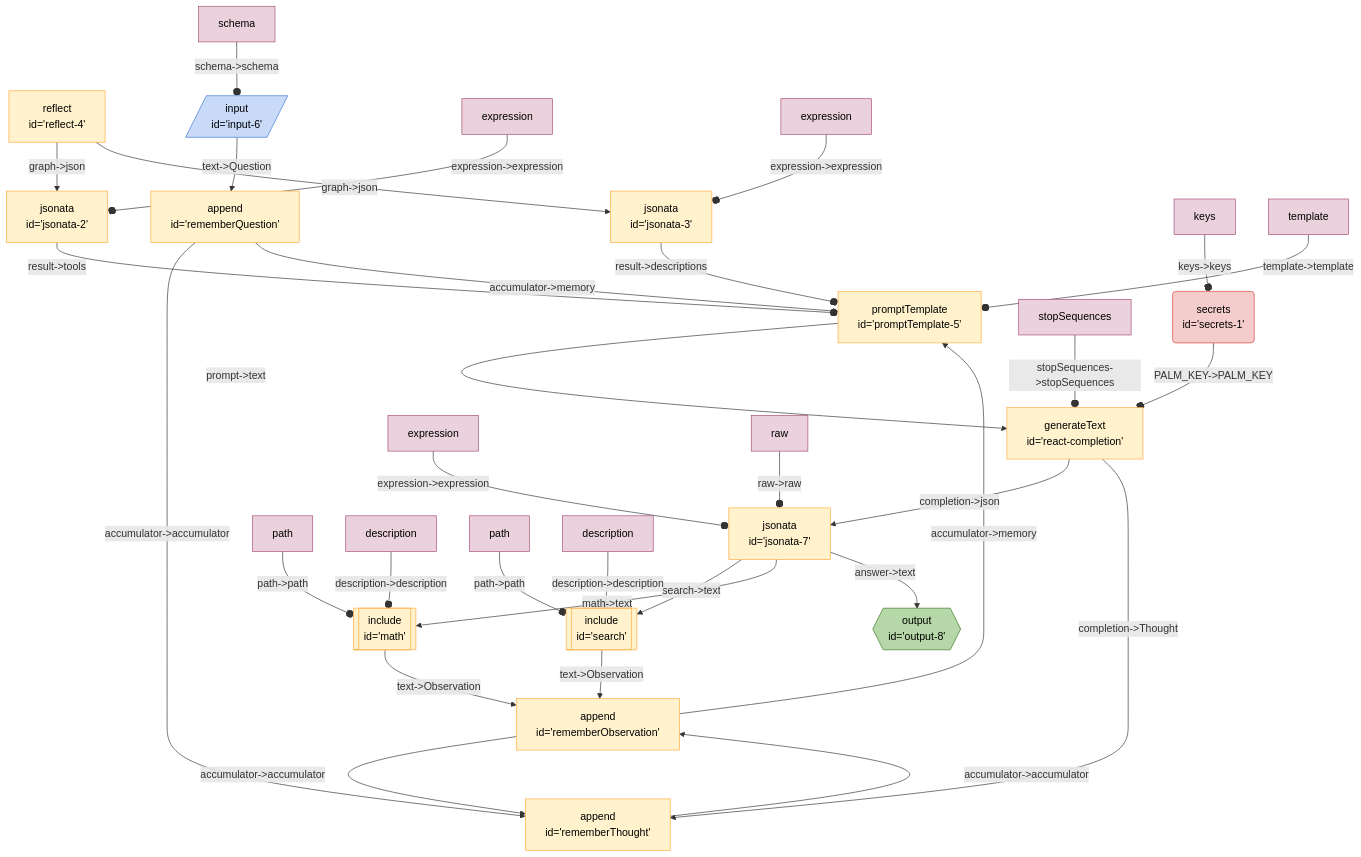
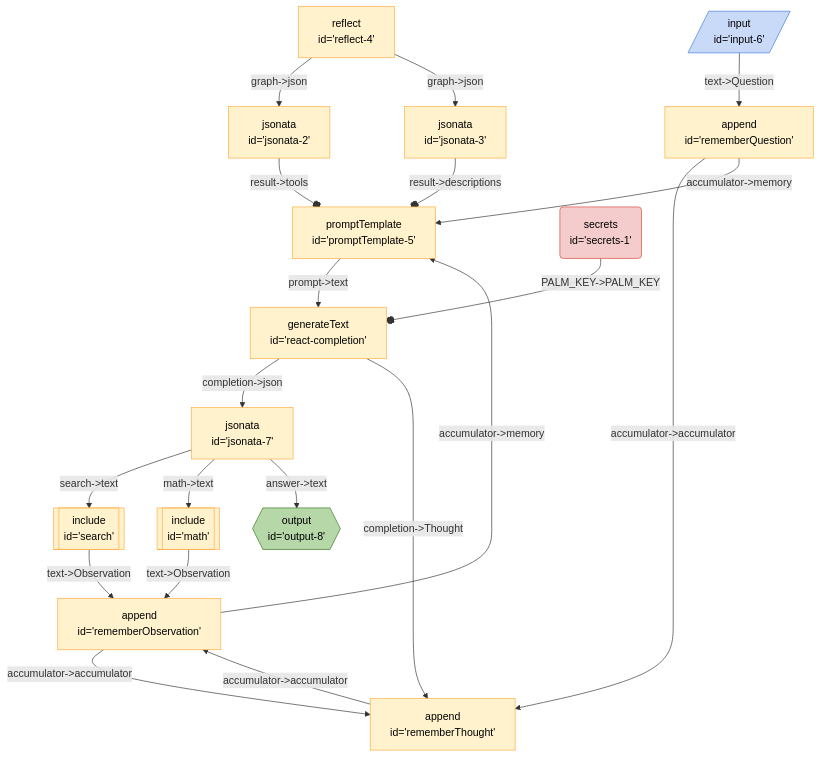
Before and after one commit to breadboard-ai/breadboard: the diagram in seeds/graph-playground/docs/graphs/react-with-jsonata.md, drawn with Mermaid. The commit also changed 30 other files, not shown here.

````diff
--- a/seeds/graph-playground/docs/graphs/react-with-jsonata.md
+++ b/seeds/graph-playground/docs/graphs/react-with-jsonata.md
@@ -5,43 +5,31 @@
   ```mermaid
   %%{init: 'themeVariables': { 'fontFamily': 'Fira Code, monospace' }}%%
 graph TD;
 reflect4["reflect <br> id='reflect-4'"] -- "graph->json" --> jsonata2["jsonata <br> id='jsonata-2'"]
 reflect4["reflect <br> id='reflect-4'"] -- "graph->json" --> jsonata3["jsonata <br> id='jsonata-3'"]
 jsonata3["jsonata <br> id='jsonata-3'"] -- "result->descriptions" --o promptTemplate5["promptTemplate <br> id='promptTemplate-5'"]
 jsonata2["jsonata <br> id='jsonata-2'"] -- "result->tools" --o promptTemplate5["promptTemplate <br> id='promptTemplate-5'"]
 rememberObservation["append <br> id='rememberObservation'"] -- "accumulator->memory" --> promptTemplate5["promptTemplate <br> id='promptTemplate-5'"]
 rememberThought["append <br> id='rememberThought'"] -- "accumulator->accumulator" --> rememberObservation["append <br> id='rememberObservation'"]
 rememberObservation["append <br> id='rememberObservation'"] -- "accumulator->accumulator" --> rememberThought["append <br> id='rememberThought'"]
 rememberQuestion["append <br> id='rememberQuestion'"] -- "accumulator->accumulator" --> rememberThought["append <br> id='rememberThought'"]
 rememberQuestion["append <br> id='rememberQuestion'"] -- "accumulator->memory" --> promptTemplate5["promptTemplate <br> id='promptTemplate-5'"]
 input6[/"input <br> id='input-6'"/]:::input -- "text->Question" --> rememberQuestion["append <br> id='rememberQuestion'"]
 secrets1("secrets <br> id='secrets-1'"):::secrets -- "PALM_KEY->PALM_KEY" --o reactcompletion["generateText <br> id='react-completion'"]
 math[["include <br> id='math'"]]:::include -- "text->Observation" --> rememberObservation["append <br> id='rememberObservation'"]
 search[["include <br> id='search'"]]:::include -- "text->Observation" --> rememberObservation["append <br> id='rememberObservation'"]
 jsonata7["jsonata <br> id='jsonata-7'"] -- "search->text" --> search[["include <br> id='search'"]]:::include
 jsonata7["jsonata <br> id='jsonata-7'"] -- "math->text" --> math[["include <br> id='math'"]]:::include
 jsonata7["jsonata <br> id='jsonata-7'"] -- "answer->text" --> output8{{"output <br> id='output-8'"}}:::output
 reactcompletion["generateText <br> id='react-completion'"] -- "completion->json" --> jsonata7["jsonata <br> id='jsonata-7'"]
 reactcompletion["generateText <br> id='react-completion'"] -- "completion->Thought" --> rememberThought["append <br> id='rememberThought'"]
 promptTemplate5["promptTemplate <br> id='promptTemplate-5'"] -- "prompt->text" --> reactcompletion["generateText <br> id='react-completion'"]
-keyssecrets1[keys]:::config -- "keys->keys" --o secrets1
-expressionjsonata2[expression]:::config -- "expression->expression" --o jsonata2
-expressionjsonata3[expression]:::config -- "expression->expression" --o jsonata3
-templatepromptTemplate5[template]:::config -- "template->template" --o promptTemplate5
-schemainput6[schema]:::config -- "schema->schema" --o input6
-stopSequencesreactcompletion[stopSequences]:::config -- "stopSequences->stopSequences" --o reactcompletion
-pathmath[path]:::config -- "path->path" --o math
-descriptionmath[description]:::config -- "description->description" --o math
-pathsearch[path]:::config -- "path->path" --o search
-descriptionsearch[description]:::config -- "description->description" --o search
-expressionjsonata7[expression]:::config -- "expression->expression" --o jsonata7
-rawjsonata7[raw]:::config -- "raw->raw" --o jsonata7
 classDef default stroke:#ffab40,fill:#fff2ccff,color:#000
 classDef input stroke:#3c78d8,fill:#c9daf8ff,color:#000
 classDef output stroke:#38761d,fill:#b6d7a8ff,color:#000
 classDef passthrough stroke:#a64d79,fill:#ead1dcff,color:#000
 classDef slot stroke:#a64d79,fill:#ead1dcff,color:#000
 classDef config stroke:#a64d79,fill:#ead1dcff,color:#000
 classDef secrets stroke:#db4437,fill:#f4cccc,color:#000
 classDef slotted stroke:#a64d79
   ```
````
